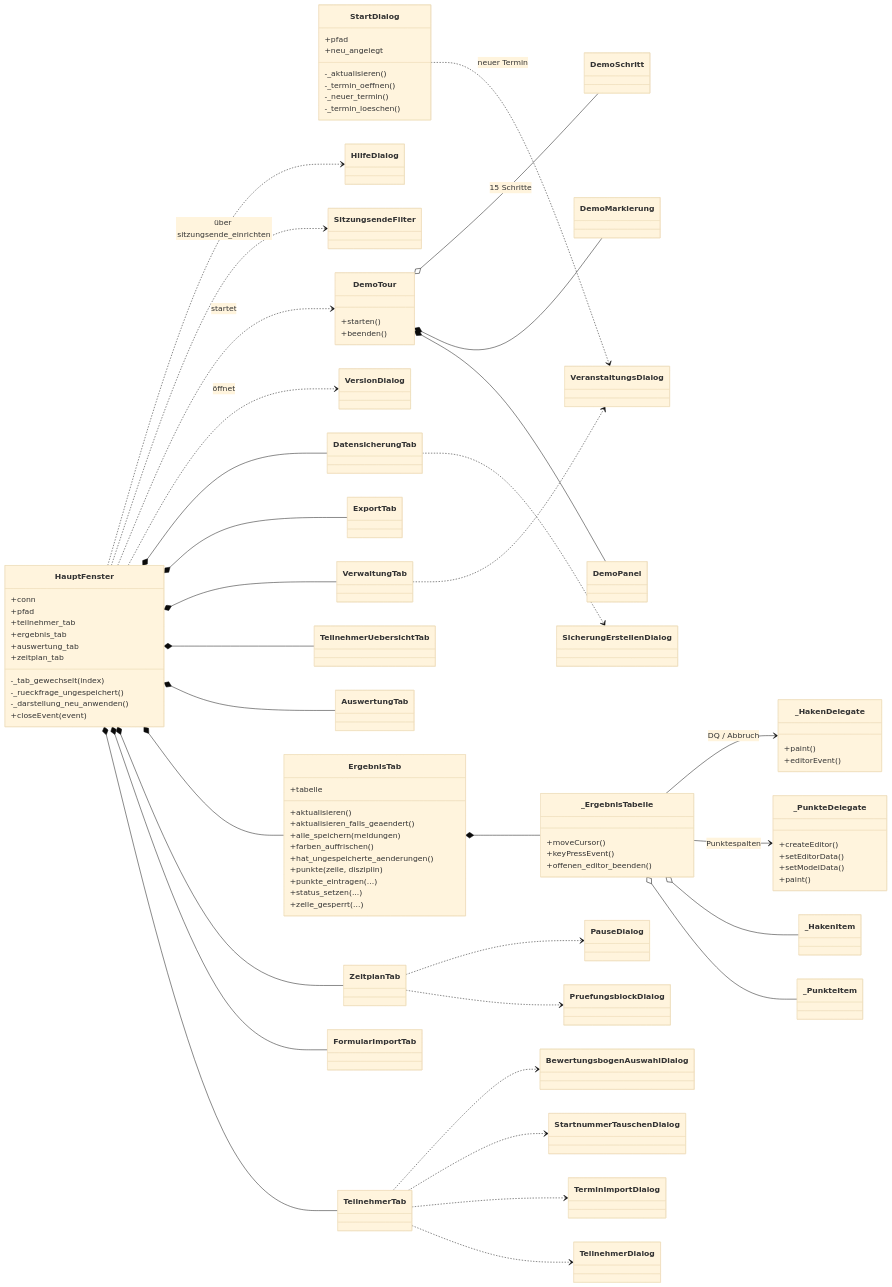
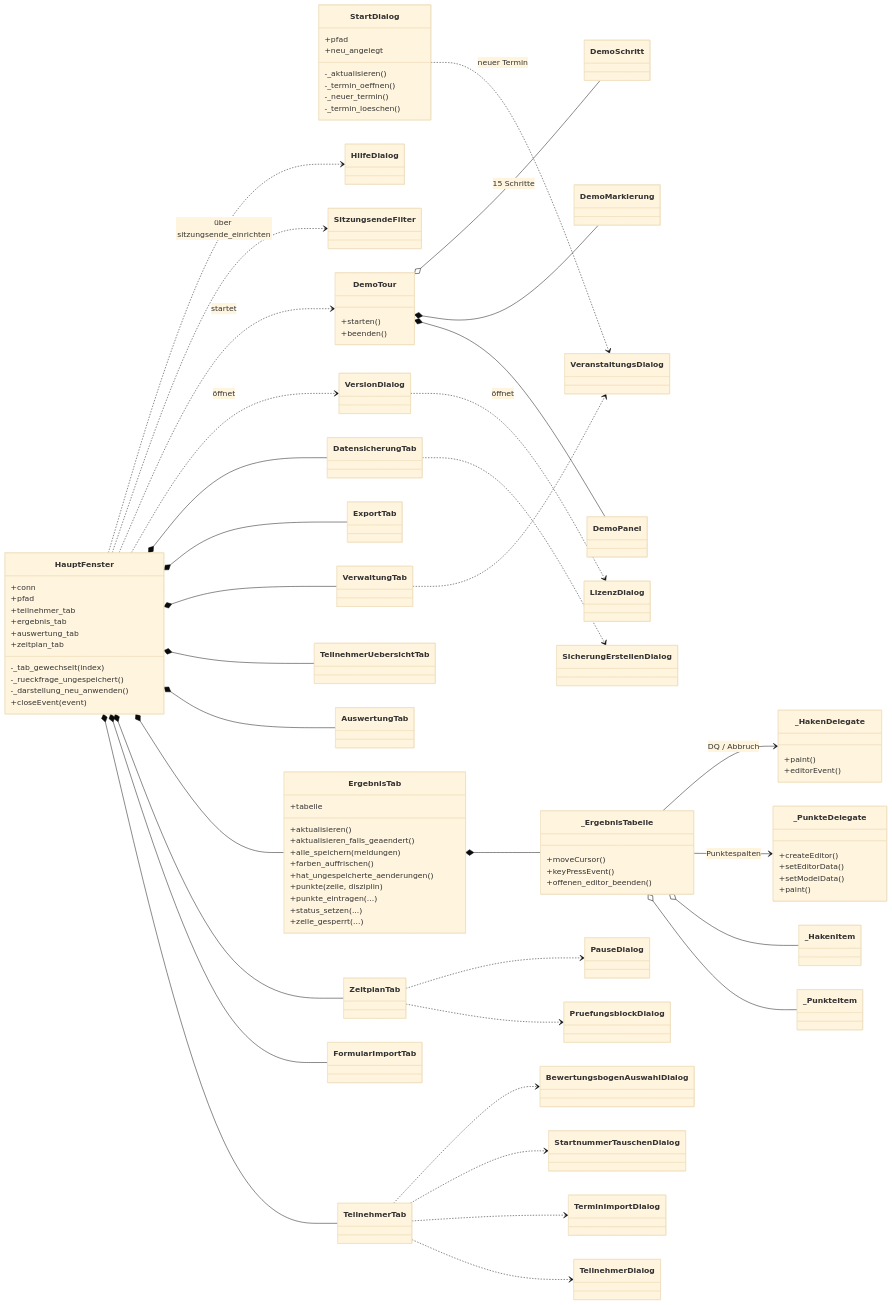
One commit to mbruver-source/SHS changed the second of 13 diagrams in UML.md. Above: the diagram before and after it, drawn with Mermaid (base theme). The commit also changed 21 other files, not shown here.

```diff
--- a/UML.md
+++ b/UML.md
@@ -145,6 +145,7 @@
     class VerwaltungTab
     class DatensicherungTab
     class VersionDialog
+    class LizenzDialog
     class SitzungsendeFilter
     class DemoTour {
         +starten()
@@ -174,6 +175,7 @@
     HauptFenster *-- ExportTab
     HauptFenster *-- DatensicherungTab
     HauptFenster ..> VersionDialog : öffnet
+    VersionDialog ..> LizenzDialog : öffnet
     HauptFenster ..> DemoTour : startet
     HauptFenster ..> SitzungsendeFilter : über sitzungsende_einrichten
 
```
